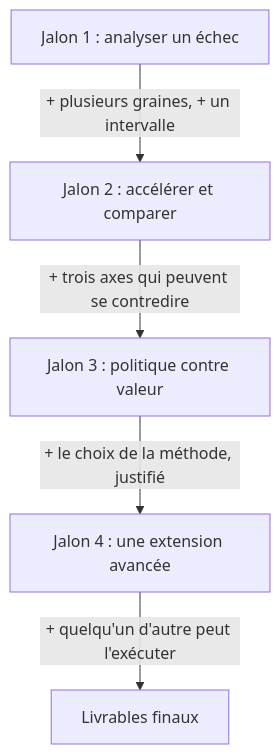
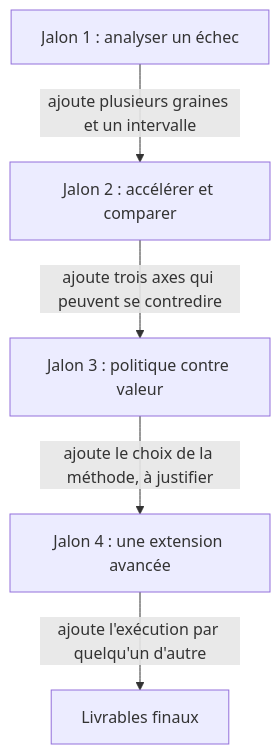
The diagram in content/docs/conclusion/_index.md (FaycalZM/drl-course-teluq), drawn with Mermaid before and after one commit.

Commit message:
Stop the conclusion diagram printing "Unsupported markdown: list"
The four arrows of the milestone arc opened with `+ `, meaning "and this one adds".
Mermaid runs every label through `marked` and draws only the tokens it knows, so a
label starting with a bullet parses as a list, which it cannot draw: it printed the
literal string "Unsupported markdown: list" in place of all four labels.

They now open with the word instead of the punctuation, which says the same thing:
"ajoute plusieurs graines et un intervalle", and so on.

Nothing on the build side could have caught this. Mermaid renders in the browser,
so `hugo` exiting 0 proves nothing about a diagram. The guard added to
check_week.py on the authoring side is static, on the source, and the sweep it was
written with found these four and nothing else: 15 diagrams, 147 labels.

Verified by rendering. All eleven pages that carry a diagram were loaded and
inspected after the fix: one diagram each, all eleven drawn, zero occurrences of
"Unsupported markdown" and zero syntax errors.

```diff
--- a/content/docs/conclusion/_index.md
+++ b/content/docs/conclusion/_index.md
@@ -27,7 +27,7 @@
 {{< mermaid >}}
 graph TD
-  J1["Jalon 1 : analyser un échec"] -->|"+ plusieurs graines, + un intervalle"| J2["Jalon 2 : accélérer et comparer"]
-  J2 -->|"+ trois axes qui peuvent se contredire"| J3["Jalon 3 : politique contre valeur"]
-  J3 -->|"+ le choix de la méthode, justifié"| J4["Jalon 4 : une extension avancée"]
-  J4 -->|"+ quelqu'un d'autre peut l'exécuter"| LF["Livrables finaux"]
+  J1["Jalon 1 : analyser un échec"] -->|"ajoute plusieurs graines et un intervalle"| J2["Jalon 2 : accélérer et comparer"]
+  J2 -->|"ajoute trois axes qui peuvent se contredire"| J3["Jalon 3 : politique contre valeur"]
+  J3 -->|"ajoute le choix de la méthode, à justifier"| J4["Jalon 4 : une extension avancée"]
+  J4 -->|"ajoute l'exécution par quelqu'un d'autre"| LF["Livrables finaux"]
 {{< /mermaid >}}
```
